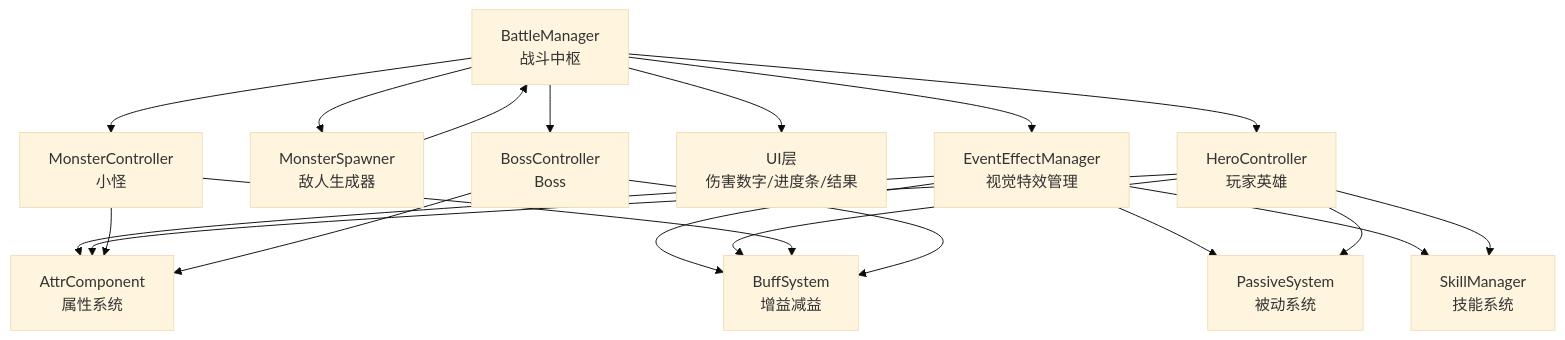
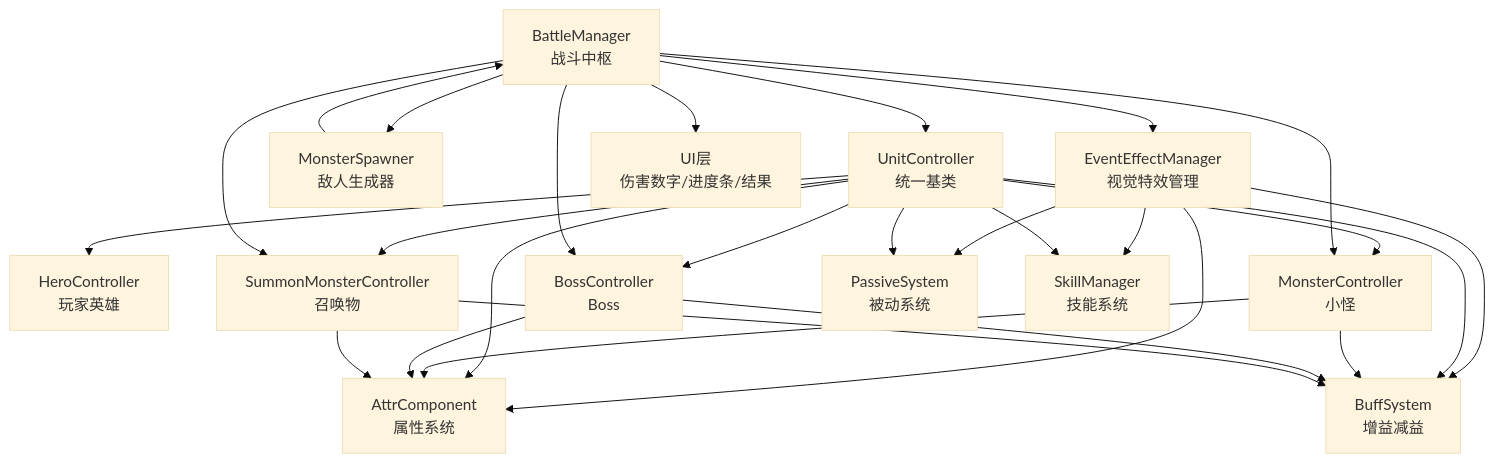
One commit to Tuusen/p1_client changed the first of 9 diagrams in .qoder/repowiki/zh/content/战斗系统/战斗系统.md. Above: the diagram before and after it, drawn with Mermaid (base theme). The commit also changed other lines of this file and 13 other files, not shown here.

````diff
--- a/.qoder/repowiki/zh/content/战斗系统/战斗系统.md
+++ b/.qoder/repowiki/zh/content/战斗系统/战斗系统.md
@@ -53,22 +56,29 @@
 ```mermaid
 graph TB
-BM["BattleManager<br/>战斗中枢"] --> HM["HeroController<br/>玩家英雄"]
+BM["BattleManager<br/>战斗中枢"] --> UC["UnitController<br/>统一基类"]
+UC --> HC["HeroController<br/>玩家英雄"]
+UC --> MC["MonsterController<br/>小怪"]
+UC --> BC["BossController<br/>Boss"]
+UC --> SM["SummonMonsterController<br/>召唤物"]
 BM --> MS["MonsterSpawner<br/>敌人生成器"]
 BM --> EE["EventEffectManager<br/>视觉特效管理"]
 BM --> UI["UI层<br/>伤害数字/进度条/结果"]
 EE --> AC["AttrComponent<br/>属性系统"]
 EE --> BS["BuffSystem<br/>增益减益"]
 EE --> PS["PassiveSystem<br/>被动系统"]
 EE --> SK["SkillManager<br/>技能系统"]
-HM --> AC
-HM --> BS
-HM --> PS
-HM --> SK
-MC["MonsterController<br/>小怪"] --> AC
+UC --> AC
+UC --> BS
+UC --> PS
+UC --> SK
+MC --> AC
 MC --> BS
-BC["BossController<br/>Boss"] --> AC
+BC --> AC
 BC --> BS
+SM --> AC
+SM --> BS
 MS --> BM
 BM --> MC
 BM --> BC
+BM --> SM
 ```
````
